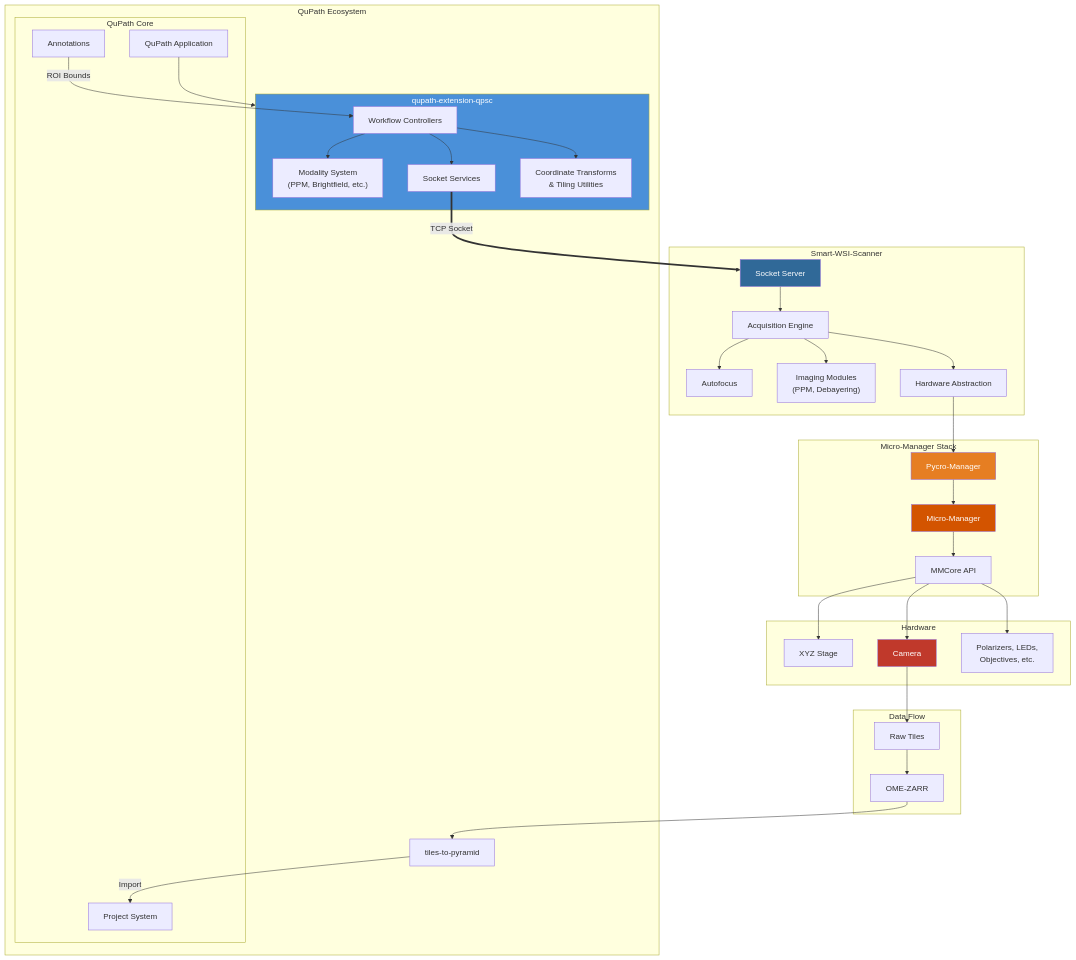
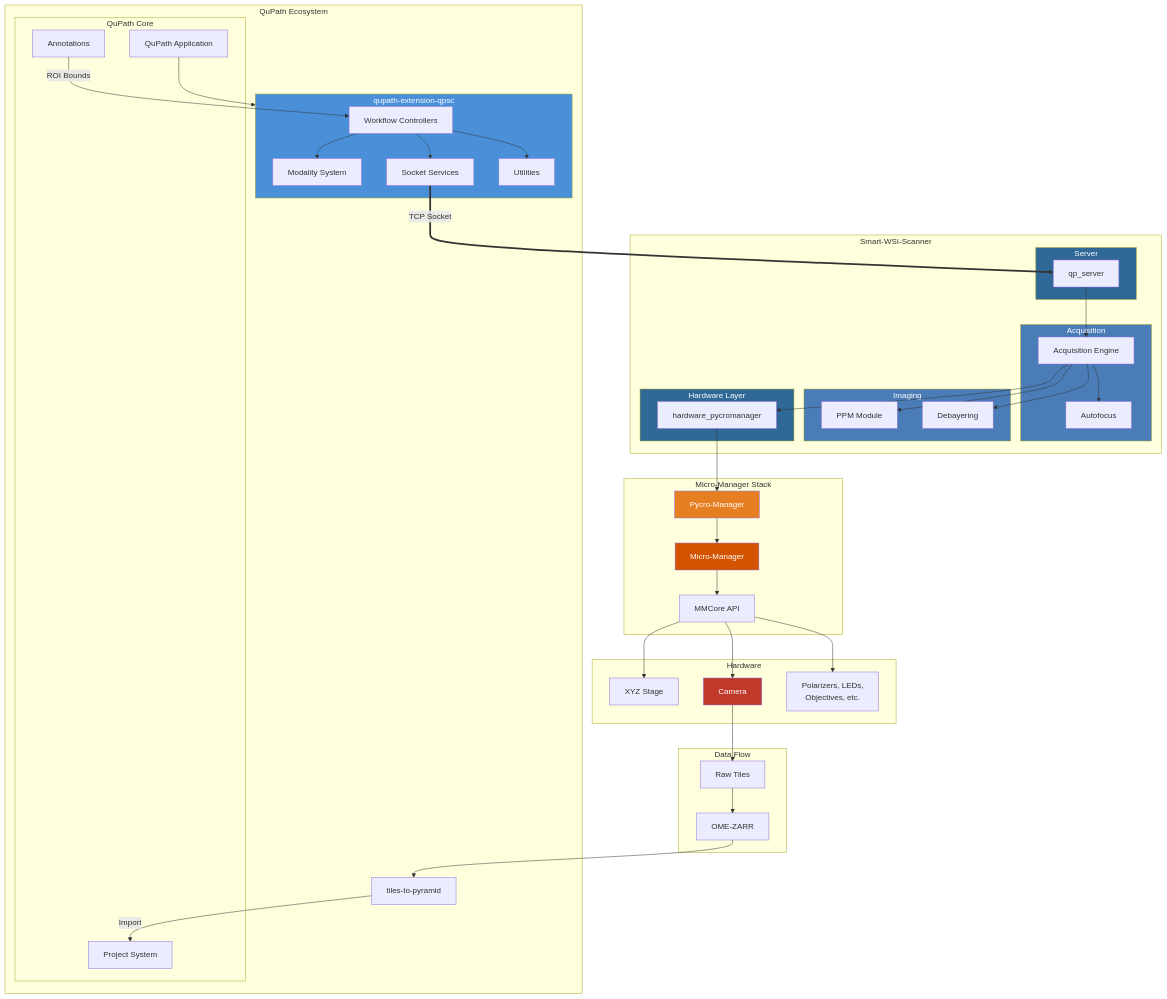
One commit to uw-loci/QPSC changed the second of 4 diagrams in README.md. Above: the diagram before and after it, drawn with Mermaid. The commit also changed other lines of this file, not shown here.

Commit message:
Add clickable links to architecture diagrams
- System Overview diagram links to main repos
- Full Architecture diagram links to specific code folders
- Links to external docs (QuPath, Pycro-Manager, Micro-Manager)
- Python components structured for upcoming multi-repo split

🤖 Generated with [Claude Code](https://claude.com/claude-code)

````diff
--- a/README.md
+++ b/README.md
@@ -81,20 +90,29 @@
 
         subgraph QPSC["qupath-extension-qpsc"]
             Ctrl["Workflow Controllers"]
-            Modal["Modality System\n(PPM, Brightfield, etc.)"]
+            Modal["Modality System"]
             Svc["Socket Services"]
-            Utils["Coordinate Transforms\n& Tiling Utilities"]
+            Utils["Utilities"]
         end
 
         T2P["tiles-to-pyramid"]
     end
 
     subgraph PythonStack["Smart-WSI-Scanner"]
-        QPSrv["Socket Server"]
-        AcqEng["Acquisition Engine"]
-        AF["Autofocus"]
-        Imaging["Imaging Modules\n(PPM, Debayering)"]
-        HWPy["Hardware Abstraction"]
+        subgraph Server["Server"]
+            QPSrv["qp_server"]
+        end
+        subgraph Acquisition["Acquisition"]
+            AcqEng["Acquisition Engine"]
+            AF["Autofocus"]
+        end
+        subgraph Imaging["Imaging"]
+            PPM["PPM Module"]
+            Debayer["Debayering"]
+        end
+        subgraph HWLayer["Hardware Layer"]
+            HWPy["hardware_pycromanager"]
+        end
     end
 
     subgraph MMEco["Micro-Manager Stack"]
@@ -124,7 +142,8 @@
 
     QPSrv --> AcqEng
     AcqEng --> AF
-    AcqEng --> Imaging
+    AcqEng --> PPM
+    AcqEng --> Debayer
     AcqEng --> HWPy
 
     HWPy --> PyCro
@@ -139,9 +158,38 @@
     ZARR --> T2P
     T2P -->|"Import"| QProj
 
+    %% Styling
     style QPSC fill:#4A90D9,color:#fff
-    style QPSrv fill:#306998,color:#fff
+    style Server fill:#306998,color:#fff
+    style Acquisition fill:#4A7DB8,color:#fff
+    style Imaging fill:#4A7DB8,color:#fff
+    style HWLayer fill:#306998,color:#fff
     style PyCro fill:#E67E22,color:#fff
     style MicroM fill:#D35400,color:#fff
     style Cam fill:#C0392B,color:#fff
+
+    %% Clickable links - QuPath Ecosystem
+    click QApp "https://qupath.github.io/" "QuPath Documentation"
+    click QProj "https://qupath.github.io/docs/projects.html" "QuPath Projects"
+    click QAnnot "https://qupath.github.io/docs/annotations.html" "QuPath Annotations"
+
+    %% Clickable links - QPSC Extension
+    click Ctrl "https://github.com/uw-loci/qupath-extension-qpsc/tree/main/src/main/java/qupath/ext/qpsc/controller" "Workflow Controllers"
+    click Modal "https://github.com/uw-loci/qupath-extension-qpsc/tree/main/src/main/java/qupath/ext/qpsc/modality" "Modality System"
+    click Svc "https://github.com/uw-loci/qupath-extension-qpsc/tree/main/src/main/java/qupath/ext/qpsc/service" "Socket Services"
+    click Utils "https://github.com/uw-loci/qupath-extension-qpsc/tree/main/src/main/java/qupath/ext/qpsc/utilities" "Utilities"
+    click T2P "https://github.com/uw-loci/qupath-extension-tiles-to-pyramid" "Tiles to Pyramid Extension"
+
+    %% Clickable links - Python Server
+    click QPSrv "https://github.com/JenuC/smart-wsi-scanner/blob/main/src/smart_wsi_scanner/qp_server.py" "Socket Server"
+    click AcqEng "https://github.com/JenuC/smart-wsi-scanner/tree/main/src/smart_wsi_scanner/acquisition" "Acquisition Engine"
+    click AF "https://github.com/JenuC/smart-wsi-scanner/tree/main/src/smart_wsi_scanner/autofocus" "Autofocus Module"
+    click PPM "https://github.com/JenuC/smart-wsi-scanner/tree/main/src/smart_wsi_scanner/ppm" "PPM Module"
+    click Debayer "https://github.com/JenuC/smart-wsi-scanner/tree/main/src/smart_wsi_scanner/debayering" "Debayering Module"
+    click HWPy "https://github.com/JenuC/smart-wsi-scanner/blob/main/src/smart_wsi_scanner/hardware_pycromanager.py" "Hardware Abstraction"
+
+    %% Clickable links - External
+    click PyCro "https://pycro-manager.readthedocs.io/" "Pycro-Manager Documentation"
+    click MicroM "https://micro-manager.org/" "Micro-Manager Website"
+    click MMCore "https://micro-manager.org/apidoc/mmcorej/latest/" "MMCore API Reference"
 ```
````
